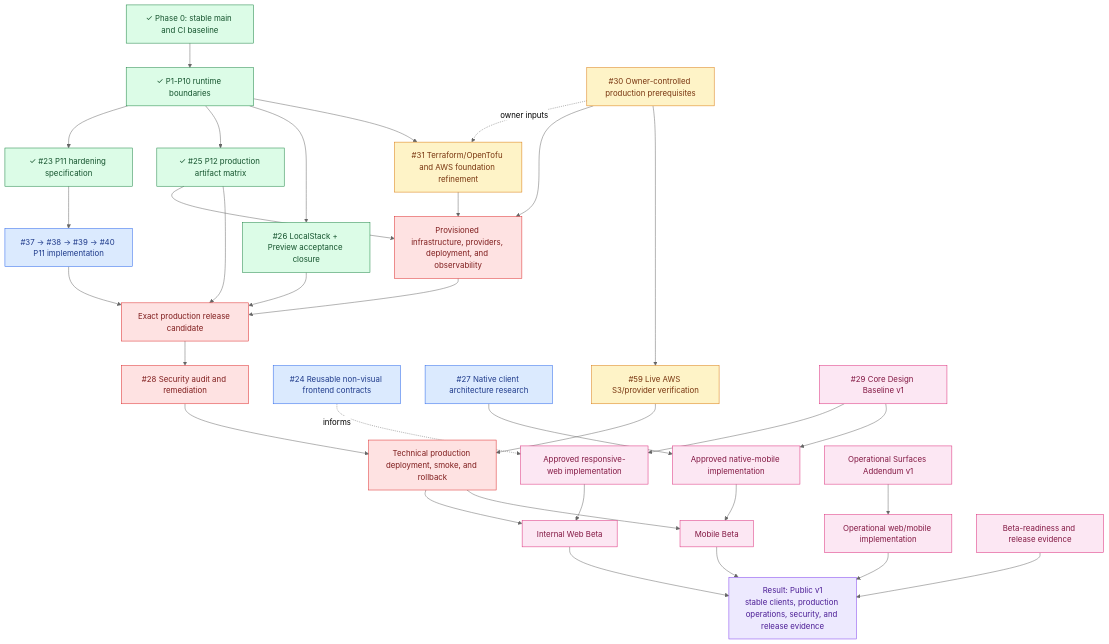
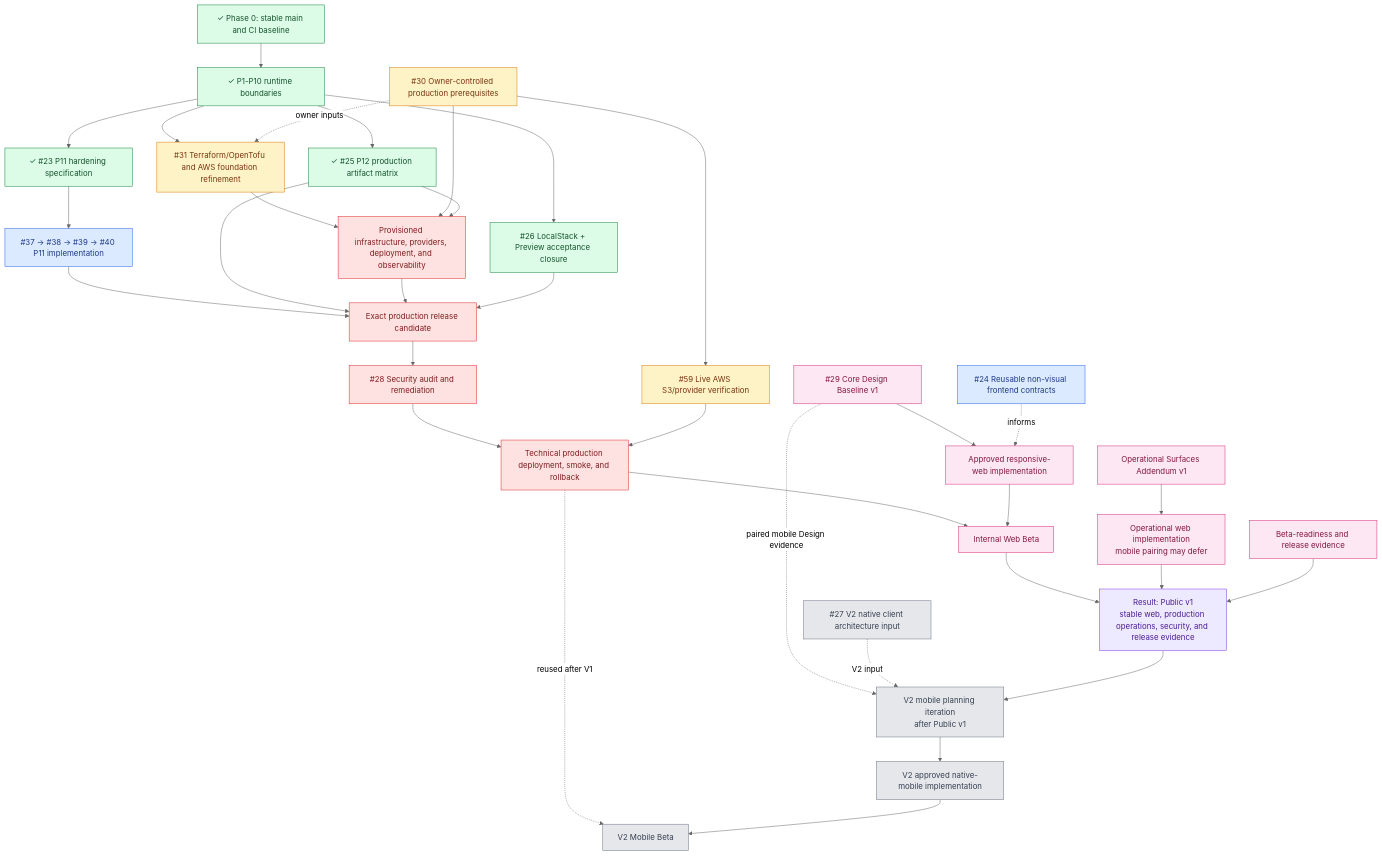
Before and after one commit to starkovalera/recipe-manager: the third of 3 diagrams in docs/roadmap.md, drawn with Mermaid (neutral theme). The commit also changed other lines of this file and 18 other files, not shown here.

Commit message:
docs: align release planning around v1 web and v2 mobile (#61)

````diff
--- a/docs/roadmap.md
+++ b/docs/roadmap.md
@@ -141,7 +176,7 @@
   localstack["#26 LocalStack + Preview acceptance closure"]
   liveAws["#59 Live AWS S3/provider verification"]
   frontendAudit["#24 Reusable non-visual frontend contracts"]
-  mobileResearch["#27 Native client architecture research"]
+  mobileResearch["#27 V2 native client architecture input"]
   infraRefine["#31 Terraform/OpenTofu and AWS foundation refinement"]
   owner["#30 Owner-controlled production prerequisites"]
 
@@ -152,13 +187,14 @@
 
   design["#29 Core Design Baseline v1"]
   web["Approved responsive-web implementation"]
-  mobile["Approved native-mobile implementation"]
+  mobile["V2 approved native-mobile implementation"]
   webBeta["Internal Web Beta"]
-  mobileBeta["Mobile Beta"]
   designOps["Operational Surfaces Addendum v1"]
-  ops["Operational web/mobile implementation"]
+  ops["Operational web implementation<br/>mobile pairing may defer"]
   beta["Beta-readiness and release evidence"]
-  result["Result: Public v1<br/>stable clients, production operations, security, and release evidence"]
+  result["Result: Public v1<br/>stable web, production operations, security, and release evidence"]
+  v2Planning["V2 mobile planning iteration<br/>after Public v1"]
+  mobileBeta["V2 Mobile Beta"]
 
   phase0 --> runtime
   runtime --> p11
@@ -181,32 +217,35 @@
   liveAws --> technical
 
   design --> web
-  design --> mobile
+  design -. paired mobile Design evidence .-> v2Planning
   frontendAudit -. informs .-> web
-  mobileResearch --> mobile
+  mobileResearch -. V2 input .-> v2Planning
   technical --> webBeta
   web --> webBeta
-  technical --> mobileBeta
-  mobile --> mobileBeta
   designOps --> ops
 
   webBeta --> result
-  mobileBeta --> result
   ops --> result
   beta --> result
+  result --> v2Planning
+  v2Planning --> mobile
+  technical -. reused after V1 .-> mobileBeta
+  mobile --> mobileBeta
 
   classDef complete fill:#dcfce7,stroke:#15803d,color:#14532d
   classDef ready fill:#dbeafe,stroke:#2563eb,color:#1e3a8a
   classDef refine fill:#fef3c7,stroke:#d97706,color:#78350f
   classDef blocked fill:#fee2e2,stroke:#dc2626,color:#7f1d1d
   classDef gated fill:#fce7f3,stroke:#db2777,color:#831843
+  classDef deferred fill:#e5e7eb,stroke:#6b7280,color:#374151
   classDef result fill:#ede9fe,stroke:#7c3aed,color:#4c1d95
 
   class phase0,runtime complete
   class p11,p12,localstack complete
-  class p11Implementation,frontendAudit,mobileResearch ready
+  class p11Implementation,frontendAudit ready
   class liveAws,infraRefine,owner refine
   class infra,candidate,security,technical blocked
-  class design,web,mobile,webBeta,mobileBeta,designOps,ops,beta gated
+  class design,web,webBeta,designOps,ops,beta gated
+  class mobileResearch,v2Planning,mobile,mobileBeta deferred
   class result result
 ```
````
